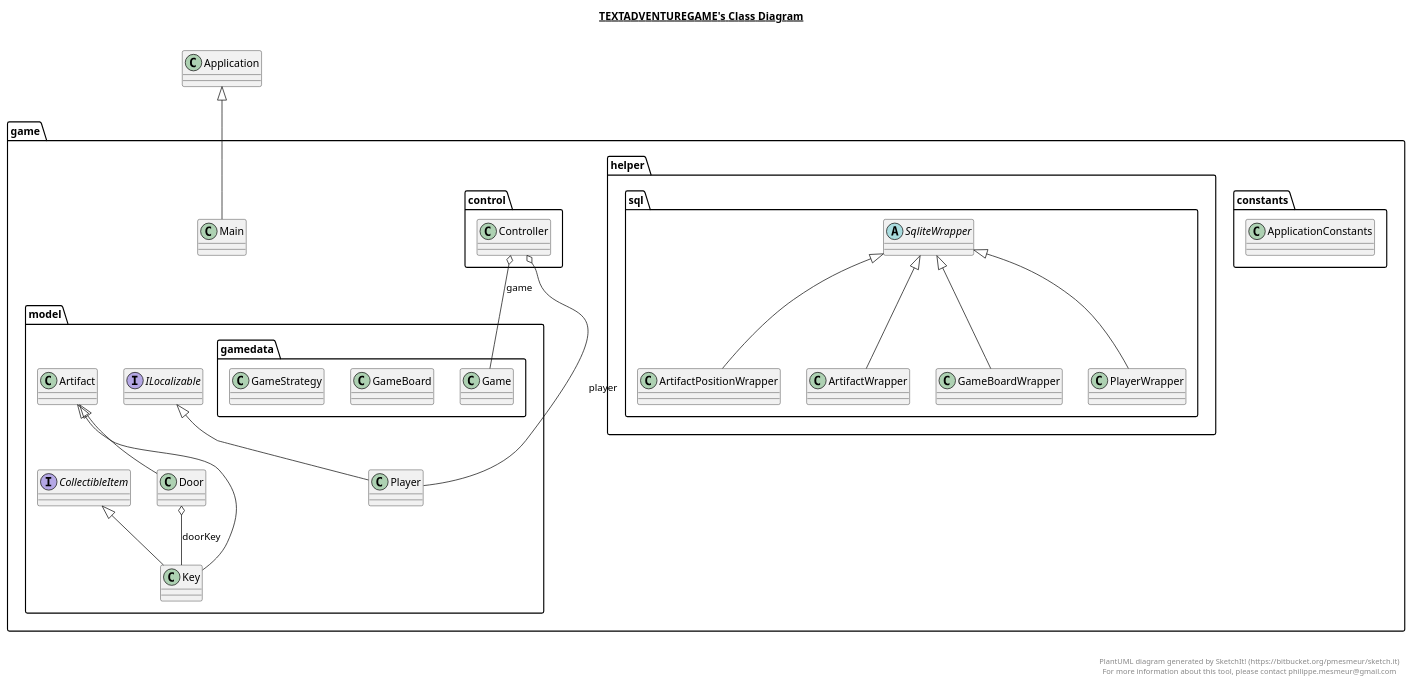
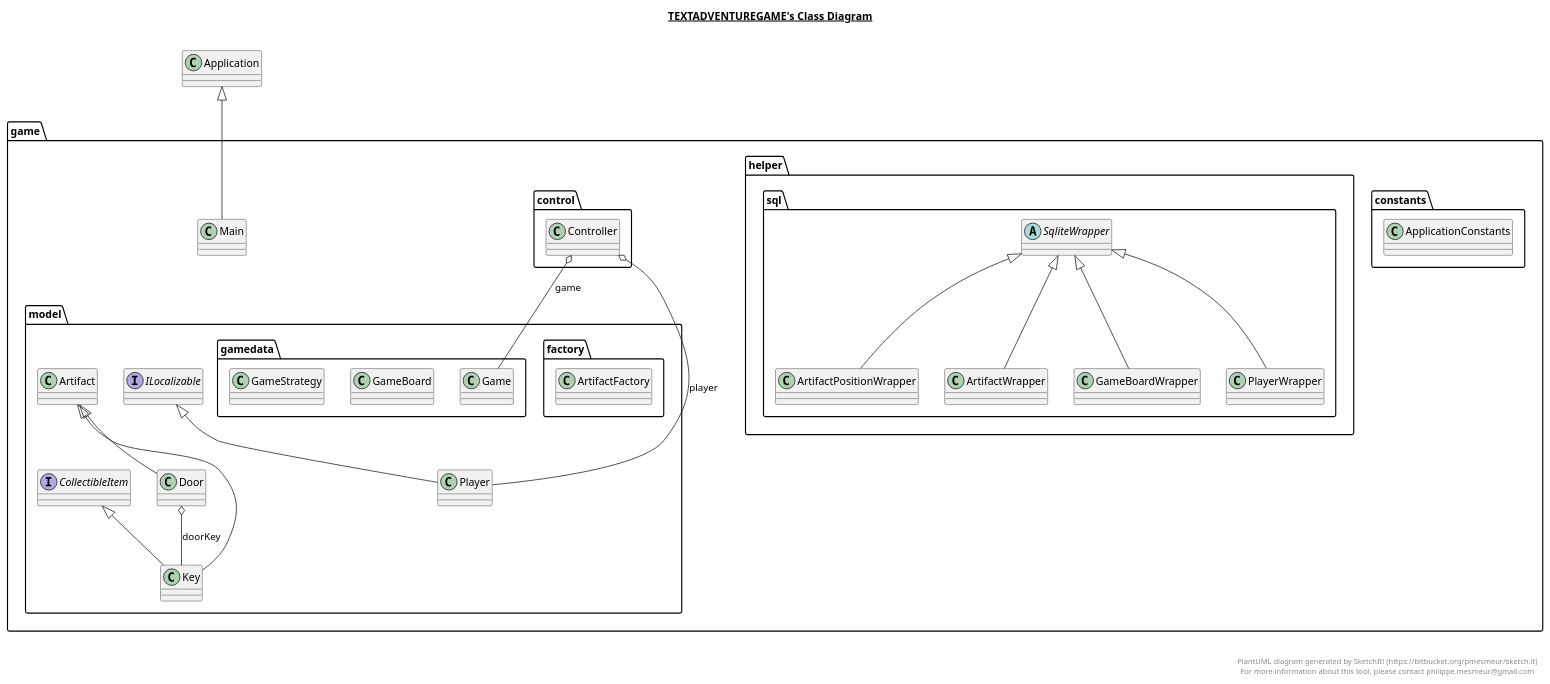
Before and after one commit to rflorian2017/TextAdventureGame: the diagram in TextAdventureGame.plantuml, drawn with PlantUML. The commit also changed 10 other files, not shown here.

```diff
--- a/TextAdventureGame.plantuml
+++ b/TextAdventureGame.plantuml
@@ -1,166 +1,176 @@
 @startuml
 
 title __TEXTADVENTUREGAME's Class Diagram__\n
 
   package game {
     package game.constants {
       class ApplicationConstants {
       }
     }
   }
   
 
   package game {
     package game.model {
       class Artifact {
+      }
+    }
+  }
+  
+
+  package game {
+    package game.model {
+      package game.model.factory {
+        class ArtifactFactory {
+        }
       }
     }
   }
   
 
   package game {
     package game.helper.sql {
       class ArtifactPositionWrapper {
       }
     }
   }
   
 
   package game {
     package game.helper.sql {
       class ArtifactWrapper {
       }
     }
   }
   
 
   package game {
     package game.model {
       interface CollectibleItem {
       }
     }
   }
   
 
   package game {
     package game.control {
       class Controller {
       }
     }
   }
   
 
   package game {
     package game.model {
       class Door {
       }
     }
   }
   
 
   package game {
     package game.model {
       package game.model.gamedata {
         class Game {
         }
       }
     }
   }
   
 
   package game {
     package game.model {
       package game.model.gamedata {
         class GameBoard {
         }
       }
     }
   }
   
 
   package game {
     package game.helper.sql {
       class GameBoardWrapper {
       }
     }
   }
   
 
   package game {
     package game.model {
       package game.model.gamedata {
         class GameStrategy {
         }
       }
     }
   }
   
 
   package game {
     package game.model {
       interface ILocalizable {
       }
     }
   }
   
 
   package game {
     package game.model {
       class Key {
       }
     }
   }
   
 
   package game {
     class Main {
     }
   }
   
 
   package game {
     package game.model {
       class Player {
       }
     }
   }
   
 
   package game {
     package game.helper.sql {
       class PlayerWrapper {
       }
     }
   }
   
 
   package game {
     package game.helper.sql {
       abstract class SqliteWrapper {
       }
     }
   }
   
 
   ArtifactPositionWrapper -up-|> SqliteWrapper
   ArtifactWrapper -up-|> SqliteWrapper
   Controller o-- Game : game
   Controller o-- Player : player
   Door -up-|> Artifact
   Door o-- Key : doorKey
   GameBoardWrapper -up-|> SqliteWrapper
   Key -up-|> CollectibleItem
   Key -up-|> Artifact
   Main -up-|> Application
   Player -up-|> ILocalizable
   PlayerWrapper -up-|> SqliteWrapper
 
 
 right footer
 
 
 PlantUML diagram generated by SketchIt! (https://bitbucket.org/pmesmeur/sketch.it)
 For more information about this tool, please contact philippe.mesmeur@gmail.com
 endfooter
 
 @enduml
```
